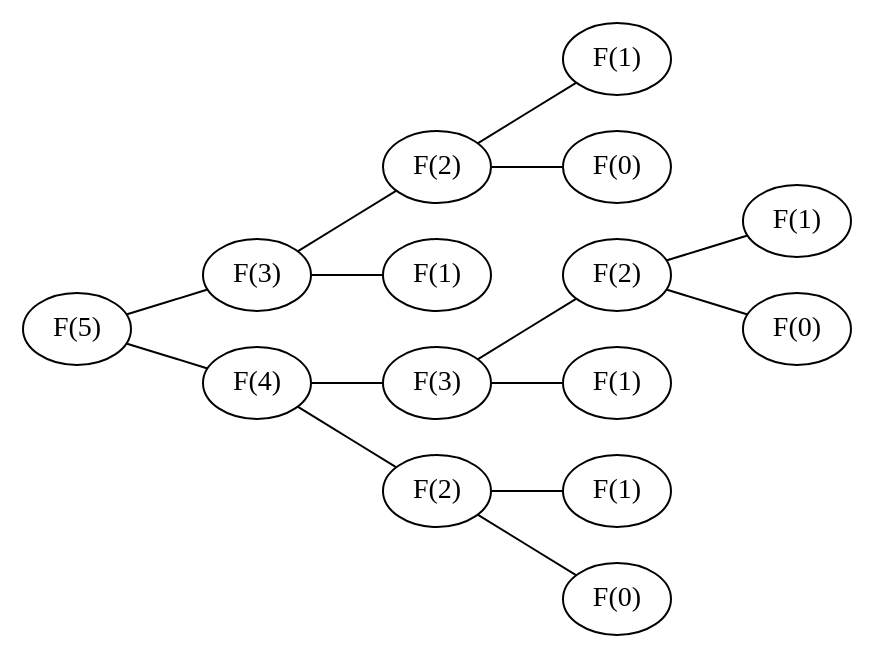
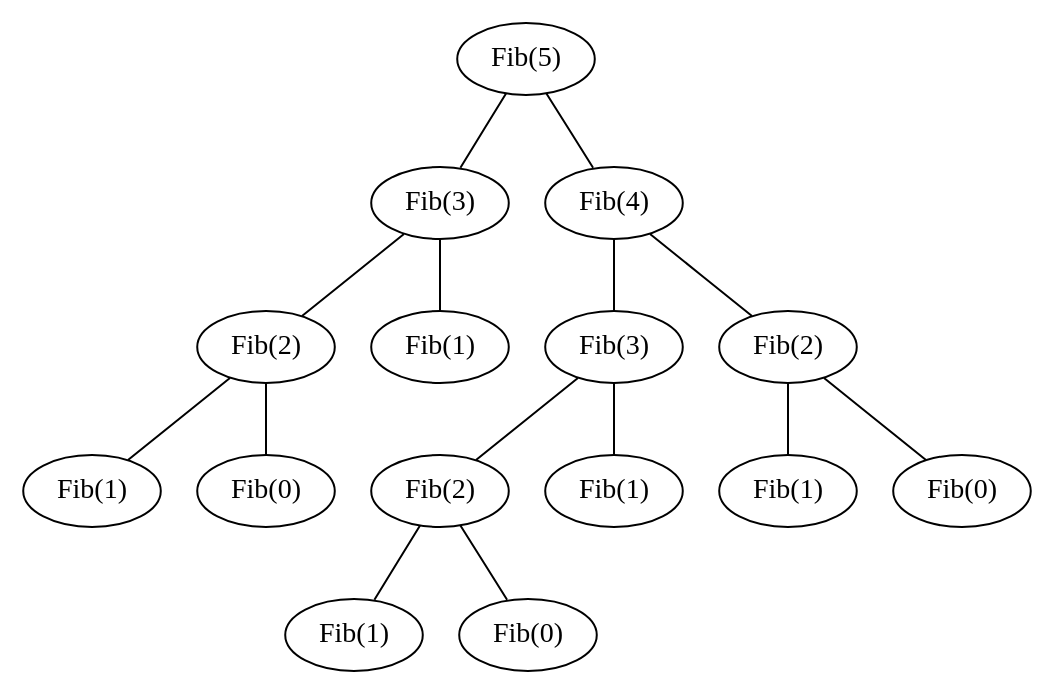
Before and after one commit to desicochrane/blogger: the diagram in src/_artifacts/fibonacci-naive.dot, drawn with Graphviz. The commit also changed 29 other files, not shown here.

```diff
--- a/src/_artifacts/fibonacci-naive.dot
+++ b/src/_artifacts/fibonacci-naive.dot
@@ -1,33 +1,32 @@
 graph {
- rankdir=LR
- node [fontname="CMU Serif Roman"]
+ node [fontname="Fira Code"]
 
- "x" [label="F(5)"]
- "xa" [label="F(3)"]
- "xaa" [label="F(2)"]
- "xab" [label="F(1)"]
+ "x" [label="Fib(5)"]
+ "xa" [label="Fib(3)"]
+ "xaa" [label="Fib(2)"]
+ "xab" [label="Fib(1)"]
 
- "xaaa" [label="F(1)"]
- "xaab" [label="F(0)"]
+ "xaaa" [label="Fib(1)"]
+ "xaab" [label="Fib(0)"]
 
- "a" [label="F(4)"]
- "ab" [label="F(3)"]
- "aa" [label="F(2)"]
+ "a" [label="Fib(4)"]
+ "ab" [label="Fib(3)"]
+ "aa" [label="Fib(2)"]
 
- "aab" [label="F(1)"]
- "aaa" [label="F(0)"]
+ "aab" [label="Fib(1)"]
+ "aaa" [label="Fib(0)"]
 
- "aba" [label="F(2)"]
- "abb" [label="F(1)"]
+ "aba" [label="Fib(2)"]
+ "abb" [label="Fib(1)"]
 
- "abaa" [label="F(1)"]
- "abab" [label="F(0)"]
+ "abaa" [label="Fib(1)"]
+ "abab" [label="Fib(0)"]
 
  "x" -- {"a", "xa"}
  "xa" -- {"xaa", "xab"}
  "xaa" -- {"xaaa", "xaab"}
  "a" -- {"aa", "ab"}
  "aa" -- {"aaa", "aab"}
  "ab" -- {"aba", "abb"}
  "aba" -- {"abaa", "abab"}
 }
```
